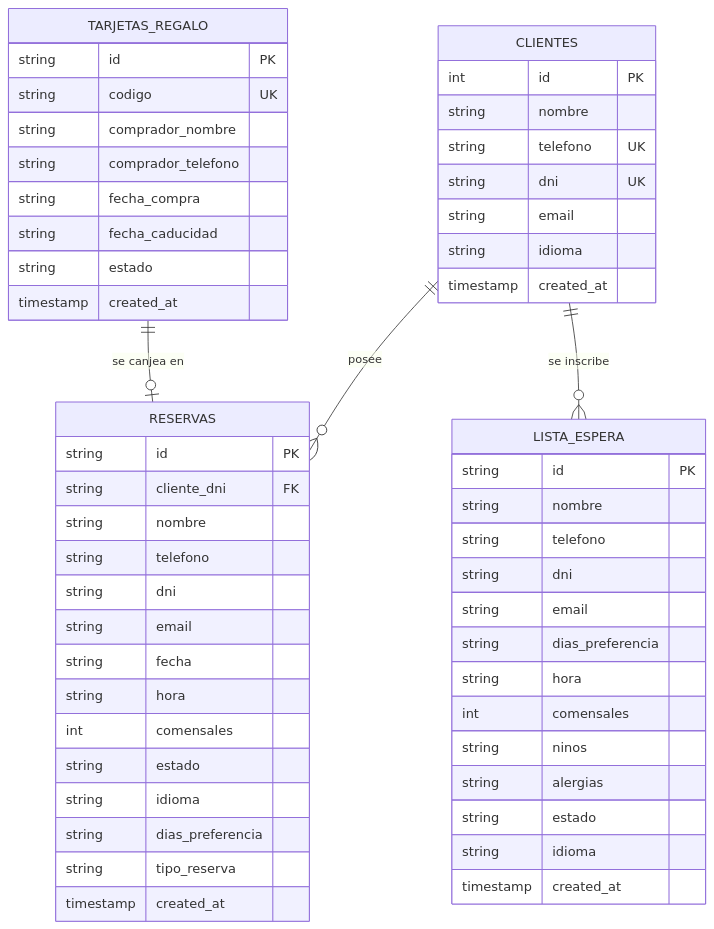
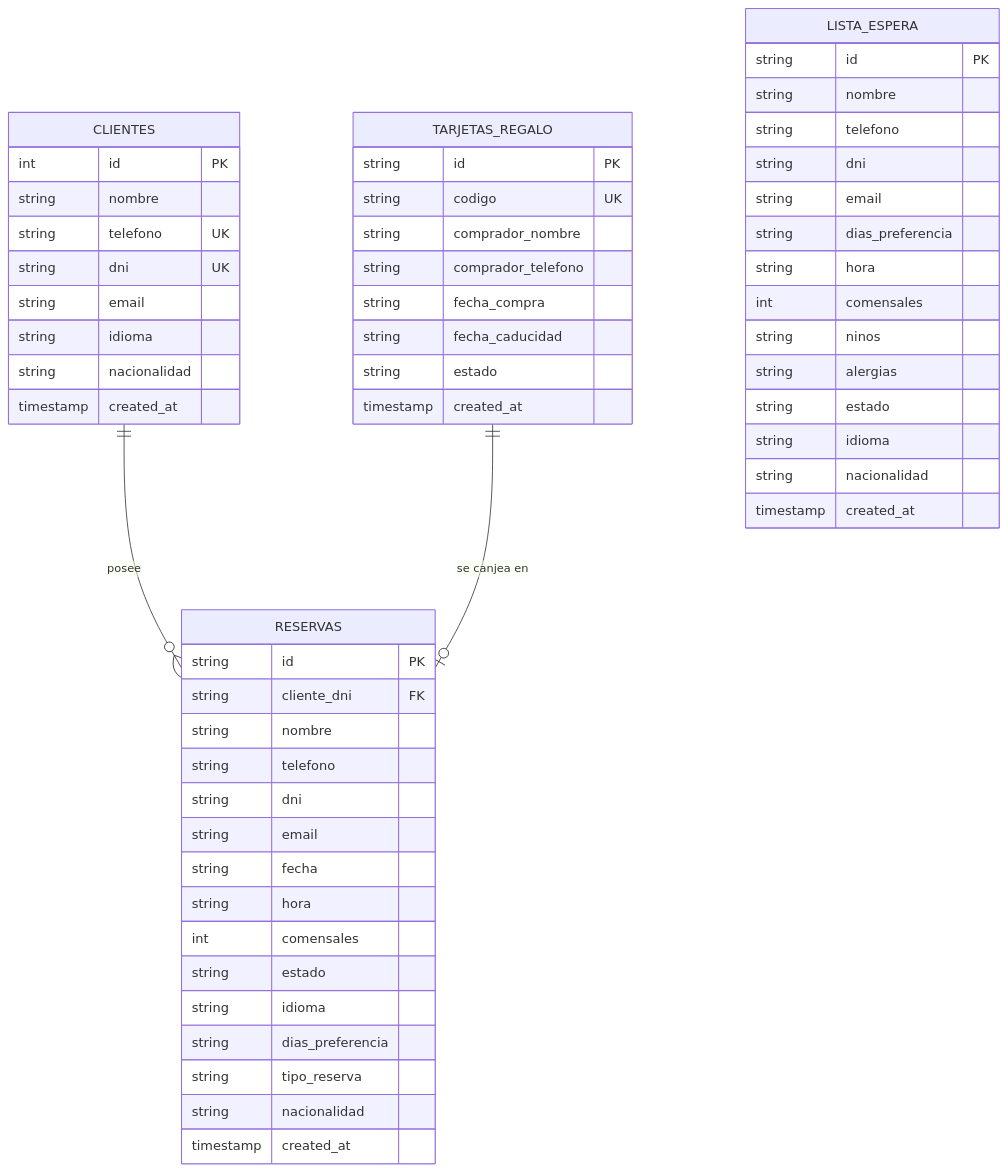
Before and after one commit to AnderUrienGoierri/casa-julian-whatsapp: the diagram in documentacion/base_de_datos.md, drawn with Mermaid. The commit also changed other lines of this file and 4 other files, not shown here.

Commit message:
Add optional DNI and Nacionalidad steps to Lista de Espera and Menu Tradicion forms and clean up duplicate cliente_dni column in lista_espera

````diff
--- a/documentacion/base_de_datos.md
+++ b/documentacion/base_de_datos.md
@@ -17,60 +17,62 @@
 ```mermaid
 erDiagram
     CLIENTES ||--o{ RESERVAS : "posee"
-    CLIENTES ||--o{ LISTA_ESPERA : "se inscribe"
     TARJETAS_REGALO ||--o| RESERVAS : "se canjea en"
 
     CLIENTES {
         int id PK
         string nombre
         string telefono UK
         string dni UK
         string email
         string idioma
+        string nacionalidad
         timestamp created_at
     }
 
     RESERVAS {
         string id PK
         string cliente_dni FK
         string nombre
         string telefono
         string dni
         string email
         string fecha
         string hora
         int comensales
         string estado
         string idioma
         string dias_preferencia
         string tipo_reserva
+        string nacionalidad
         timestamp created_at
     }
 
     LISTA_ESPERA {
         string id PK
         string nombre
         string telefono
         string dni
         string email
         string dias_preferencia
         string hora
         int comensales
         string ninos
         string alergias
         string estado
         string idioma
+        string nacionalidad
         timestamp created_at
     }
 
     TARJETAS_REGALO {
         string id PK
         string codigo UK
         string comprador_nombre
         string comprador_telefono
         string fecha_compra
         string fecha_caducidad
         string estado
         timestamp created_at
     }
 ```
````
